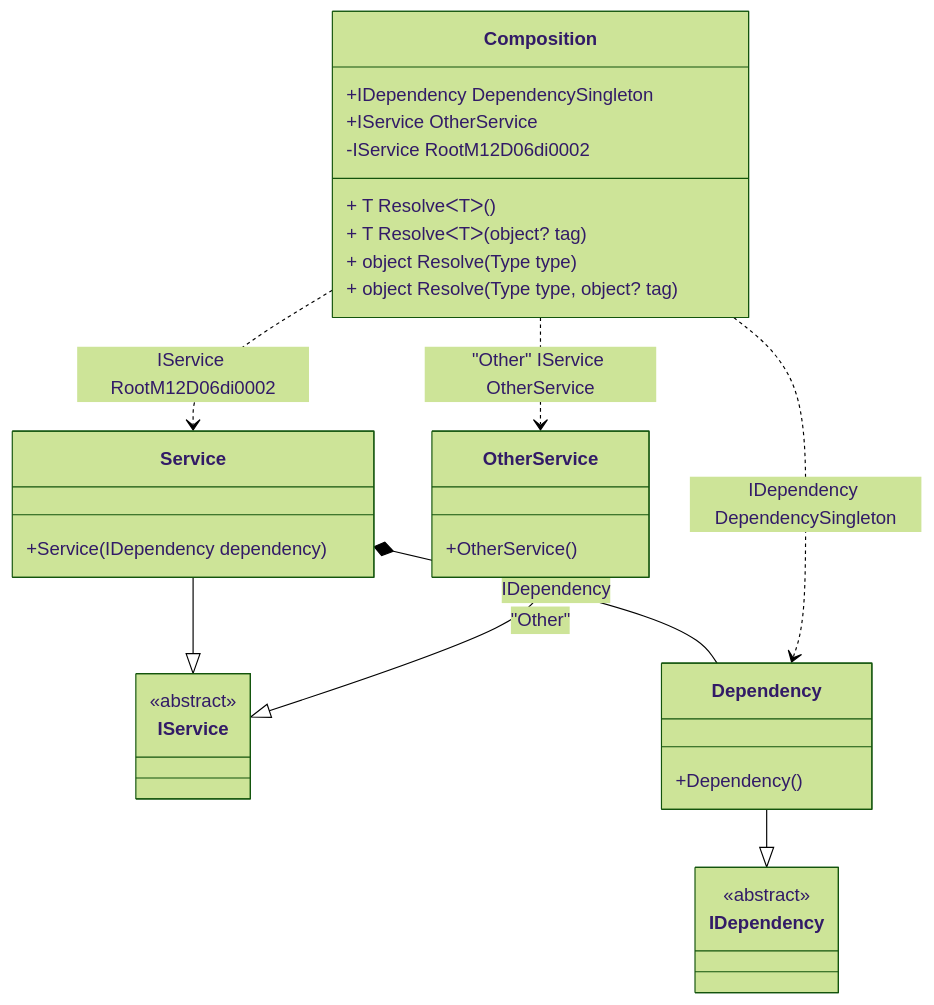
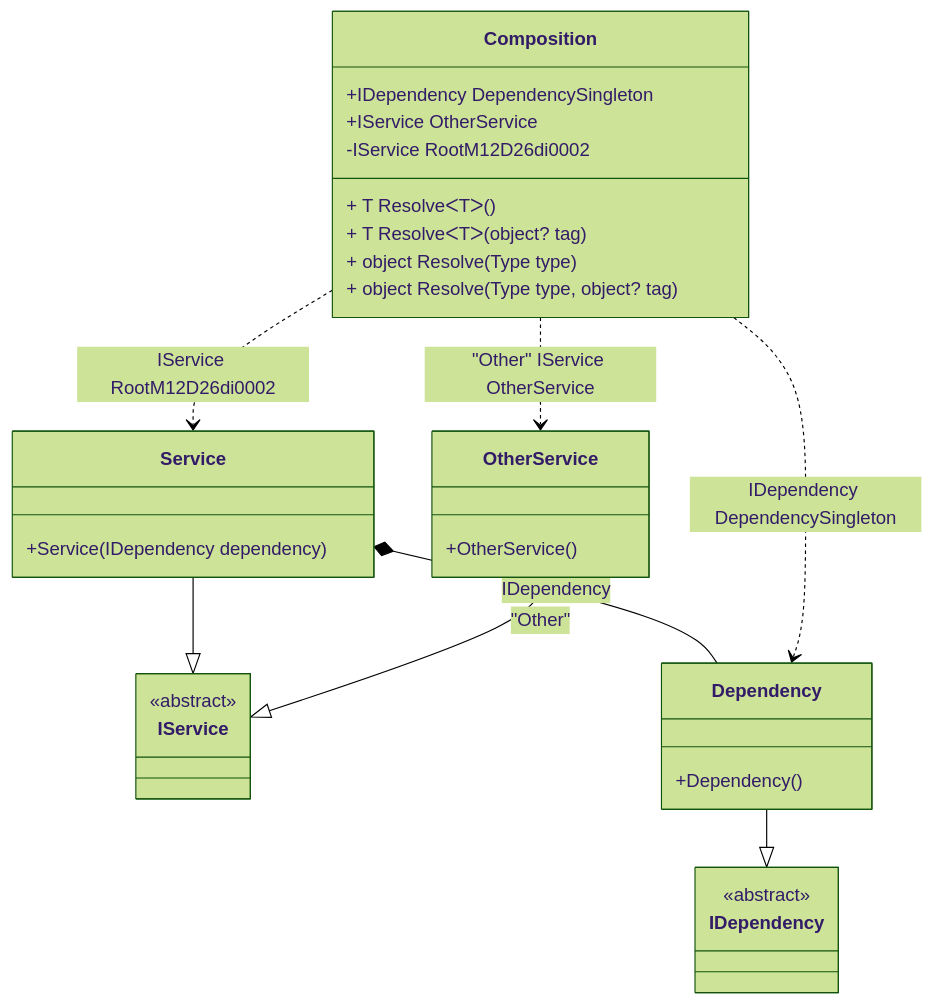
One commit to DevTeam/Pure.DI changed the diagram in readme/resolve-methods.md. Above: the diagram before and after it, drawn with Mermaid (forest theme). The commit also changed other lines of this file and 72 other files, not shown here.

````diff
--- a/readme/resolve-methods.md
+++ b/readme/resolve-methods.md
@@ -47,34 +47,34 @@
 ```mermaid
 classDiagram
   class Composition {
     +IDependency DependencySingleton
     +IService OtherService
-    -IService RootM12D06di0002
+    -IService RootM12D26di0002
     + T ResolveᐸTᐳ()
     + T ResolveᐸTᐳ(object? tag)
     + object Resolve(Type type)
     + object Resolve(Type type, object? tag)
   }
   Service --|> IService : 
   class Service {
     +Service(IDependency dependency)
   }
   Dependency --|> IDependency : 
   class Dependency {
     +Dependency()
   }
   OtherService --|> IService : "Other" 
   class OtherService {
     +OtherService()
   }
   class IService {
     <<abstract>>
   }
   class IDependency {
     <<abstract>>
   }
   Service *--  Dependency : IDependency
   Composition ..> Dependency : IDependency DependencySingleton
-  Composition ..> Service : IService RootM12D06di0002
+  Composition ..> Service : IService RootM12D26di0002
   Composition ..> OtherService : "Other" IService OtherService
 ```
````
